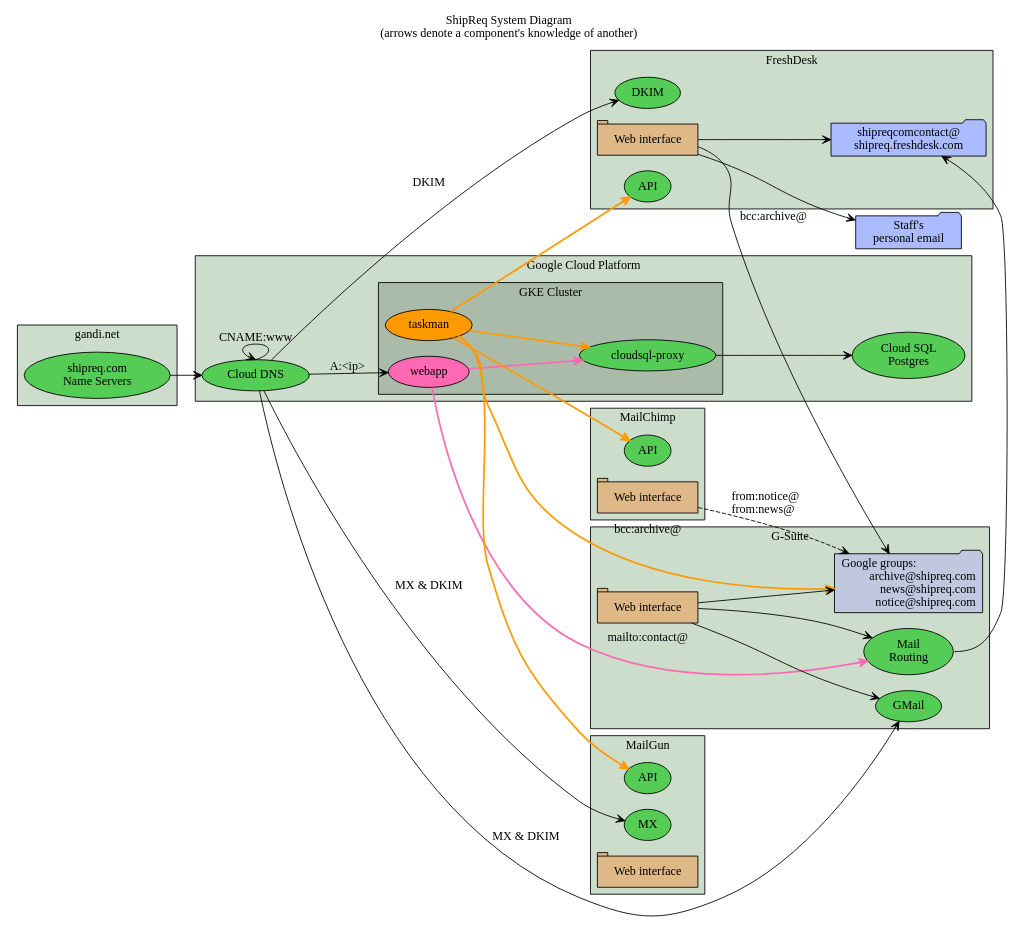
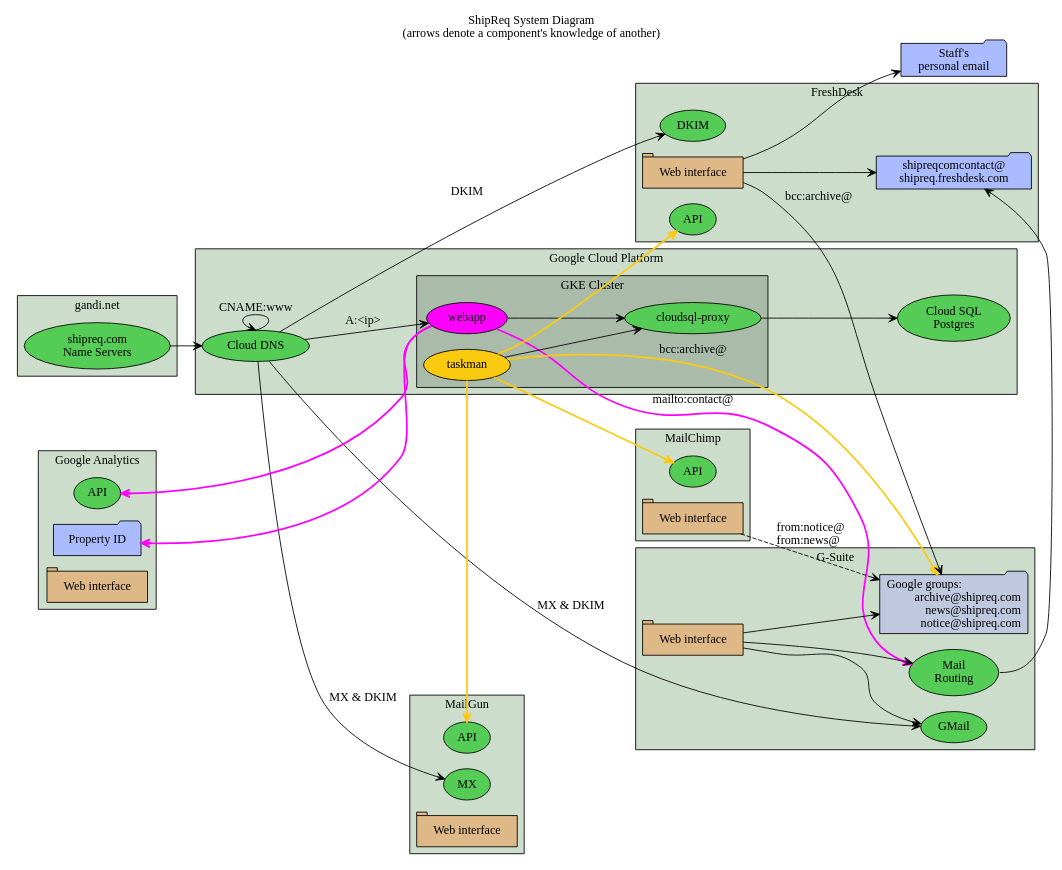
The diagram in Design/system_diagram.gv (shipreq/shipreq), drawn with Graphviz before and after one commit. The commit also changed 2 other files, not shown here.

Commit message:
Update doc for Google Analytics

```diff
--- a/Design/system_diagram.gv
+++ b/Design/system_diagram.gv
@@ -1,108 +1,105 @@
 digraph G {
   rankdir=LR
   compound=true
   labelloc=t
   label="ShipReq System Diagram\n(arrows denote a component's knowledge of another)"
   style=filled fillcolor="#e2ffe2"
   node [style=filled fillcolor="#55cc55"]
   edge [arrowhead=vee arrowtail=vee]
 
   // -----------------------------------------------------------------------------------------------
 
   staff_mail [label="Staff's\npersonal email" shape=folder style=filled fillcolor="#aabbff"]
 
   subgraph cluster_gandi {
     fillcolor="#ccddcc"
     label="gandi.net"
     gandi_dns [label="shipreq.com\nName Servers"]
   }
 
   subgraph cluster_gcp {
     fillcolor="#ccddcc"
     label="Google Cloud Platform"
     cloud_dns [label="Cloud DNS"]
     cloud_sql [label="Cloud SQL\nPostgres"]
     subgraph cluster_gke {
       fillcolor="#aabbaa"
       label="GKE Cluster"
-      webapp  [fillcolor="hotpink" label="webapp"]
-      taskman [fillcolor="#ff9900" label="taskman"]
+      webapp  [fillcolor="#FF00FF" label="webapp"]
+      taskman [fillcolor="#FACA11" label="taskman"]
       cloudsqlproxy [label="cloudsql-proxy"]
     }
   }
 
   subgraph cluster_gsuite {
     fillcolor="#ccddcc"
     label="G-Suite"
     gsuite_mail [label="GMail"]
     gsuite_route [label="Mail\nRouting"]
     gsuite_web [label="Web interface" shape=tab fillcolor=burlywood]
     {node[shape=folder style=filled fillcolor="#c0c8e0"]
       gsuite_groups [label="Google groups:\larchive@shipreq.com\rnews@shipreq.com\rnotice@shipreq.com\r"]
     }
+  }
+
+  subgraph cluster_ga {
+    fillcolor="#ccddcc"
+    label="Google Analytics"
+    ga_api [label="API"]
+    ga_acct [label="Property ID" shape=folder style=filled fillcolor="#aabbff"]
+    ga_web [label="Web interface" shape=tab fillcolor=burlywood]
   }
 
   subgraph cluster_mailgun {
     fillcolor="#ccddcc"
     label="MailGun"
     mg_mx [label="MX"]
     mg_api [label="API"]
     mg_web [label="Web interface" shape=tab fillcolor=burlywood]
   }
 
   subgraph cluster_mailchimp {
     fillcolor="#ccddcc"
     label="MailChimp"
     mc_api [label="API"]
     mc_web [label="Web interface" shape=tab fillcolor=burlywood]
   }
 
   subgraph cluster_freshdesk {
     fillcolor="#ccddcc"
     label="FreshDesk"
     fd_dkim [label="DKIM"]
     fd_mail [label="shipreqcomcontact@\nshipreq.freshdesk.com" shape=folder style=filled fillcolor="#aabbff"]
     fd_web [label="Web interface" shape=tab fillcolor=burlywood]
     fd_api [label="API"]
   }
 
   // -----------------------------------------------------------------------------------------------
 
   cloud_dns      -> gsuite_mail [label="MX & DKIM"]
   cloud_dns      -> mg_mx       [label="MX & DKIM"]
   cloud_dns      -> fd_dkim     [label="DKIM"]
   cloud_dns      -> webapp      [label="A:<ip>"]
   cloud_dns:n    -> cloud_dns:n [label="CNAME:www " dir=back]
   cloudsqlproxy  -> cloud_sql
   fd_web         -> fd_mail
   fd_web         -> gsuite_groups [label="bcc:archive@"]
   fd_web         -> staff_mail
   gandi_dns      -> cloud_dns
   gsuite_route:e -> fd_mail [constraint=false]
   gsuite_web     -> gsuite_mail,gsuite_groups,gsuite_route
   mc_web         -> gsuite_groups [style=dashed label="from:notice@\lfrom:news@\l"]
+  taskman        -> cloudsqlproxy
+  webapp         -> cloudsqlproxy
 
-  edge[color="#ff9900" penwidth=2]
-  taskman        -> cloudsqlproxy
-  taskman        -> fd_api
+  edge[color="#FACA11" penwidth=2]
+  taskman        -> fd_api [constraint=false]
   taskman        -> gsuite_groups [label="bcc:archive@"]
-  taskman        -> mg_api
+  taskman        -> mg_api [constraint=false]
   taskman        -> mc_api
 
-  edge[color=hotpink penwidth=2]
-  webapp         -> cloudsqlproxy
+  edge[color="#FF00FF" penwidth=2]
   webapp         -> gsuite_route  [label="mailto:contact@"]
-
-/*
-  // Email from users
-  {
-    edge [style=dashed color=red fontcolor=red]
-  }
-
-  // Email to users
-  {
-    edge [style=dashed color="#000099" fontcolor="#000099"]
-  }
-*/
+  webapp         -> ga_acct,ga_api [constraint=false]
 
 }
```
